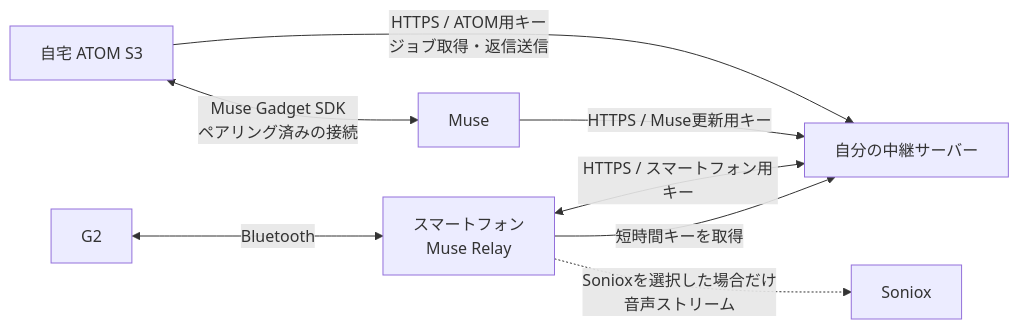
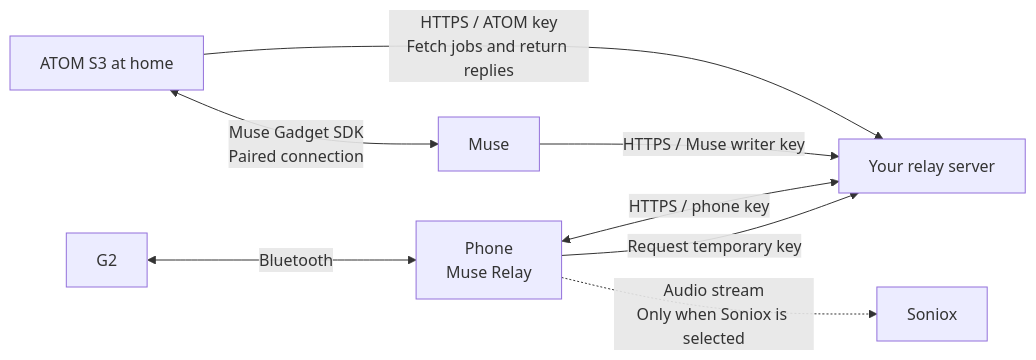
One commit to 3mintimer/muse-relay changed the first of 2 diagrams in docs/server.md. Above: the diagram before and after it, drawn with Mermaid. The commit also changed other lines of this file and 49 other files, not shown here.

````diff
--- a/docs/server.md
+++ b/docs/server.md
@@ -16,10 +18,10 @@
 ```mermaid
 flowchart LR
-  G2[G2] <-->|Bluetooth| Phone[スマートフォン<br/>Muse Relay]
-  Phone <-->|HTTPS / スマートフォン用キー| Relay[自分の中継サーバー]
-  ATOM[自宅 ATOM S3] -->|HTTPS / ATOM用キー<br/>ジョブ取得・返信送信| Relay
-  ATOM <-->|Muse Gadget SDK<br/>ペアリング済みの接続| Muse[Muse]
-  Muse -->|HTTPS / Muse更新用キー| Relay
-  Phone -->|短時間キーを取得| Relay
-  Phone -.->|Sonioxを選択した場合だけ<br/>音声ストリーム| Soniox[Soniox]
+  G2[G2] <-->|Bluetooth| Phone[Phone<br/>Muse Relay]
+  Phone <-->|HTTPS / phone key| Relay[Your relay server]
+  ATOM[ATOM S3 at home] -->|HTTPS / ATOM key<br/>Fetch jobs and return replies| Relay
+  ATOM <-->|Muse Gadget SDK<br/>Paired connection| Muse[Muse]
+  Muse -->|HTTPS / Muse writer key| Relay
+  Phone -->|Request temporary key| Relay
+  Phone -.->|Audio stream<br/>Only when Soniox is selected| Soniox[Soniox]
 ```
````
